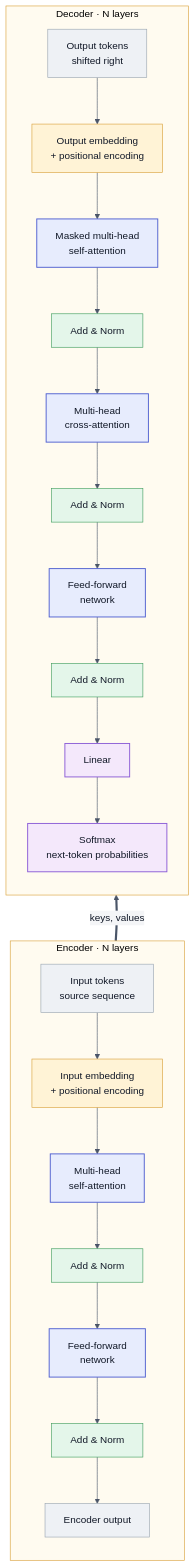
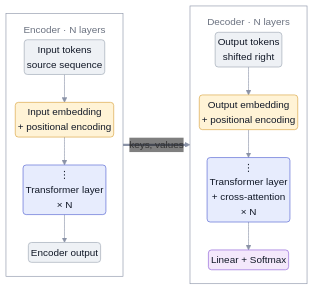
The second of 3 diagrams in _posts/2026-11-15-architechture-of-femtochat.md (lpossner/gradient-horizon), drawn with Mermaid before and after one commit. The commit also changed other lines of this file, not shown here.

First line of the commit message:
Redraw the Transformer diagrams as compact layer stacks

````diff
--- a/_posts/2026-11-15-architechture-of-femtochat.md
+++ b/_posts/2026-11-15-architechture-of-femtochat.md
@@ -13,39 +44,28 @@
 ```mermaid
-%%{init: {'theme':'base','themeVariables':{'background':'#ffffff','primaryColor':'#e7ecfd','primaryTextColor':'#111827','primaryBorderColor':'#4f5fd0','lineColor':'#4a5568','edgeLabelBackground':'#f4f5f7','clusterBkg':'#fffbf0','clusterBorder':'#d9a13b'}}}%%
-flowchart TB
+%%{init: {'theme':'base','themeVariables':{'lineColor':'#8b93a7','clusterBkg':'transparent','clusterBorder':'#8b93a7','edgeLabelBackground':'transparent','titleColor':'#6b7280','textColor':'#6b7280'},'flowchart':{'nodeSpacing':10,'rankSpacing':20,'padding':4,'subGraphTitleMargin':{'top':14,'bottom':6},'curve':'basis','useMaxWidth':true}}}%%
+flowchart LR
     classDef io      fill:#eef1f5,stroke:#9aa5b1,color:#111827
     classDef embed   fill:#fff3d6,stroke:#d9a13b,color:#111827
-    classDef compute fill:#e7ecfd,stroke:#4f5fd0,stroke-width:1.5px,color:#111827
-    classDef norm    fill:#e4f6ea,stroke:#3f9e5e,color:#111827
-    classDef head    fill:#f4e8fb,stroke:#8b5cd6,stroke-width:1.5px,color:#111827
+    classDef stack   fill:#e7ecfd,stroke:#4f5fd0,color:#111827
+    classDef head    fill:#f4e8fb,stroke:#8b5cd6,color:#111827
 
     subgraph ENC["Encoder · N layers"]
         direction TB
-        ei["Input tokens<br/>source sequence"]:::io
-        ee["Input embedding<br/>+ positional encoding"]:::embed
-        eatt["Multi-head<br/>self-attention"]:::compute
-        en1["Add &amp; Norm"]:::norm
-        eff["Feed-forward<br/>network"]:::compute
-        en2["Add &amp; Norm"]:::norm
-        eo["Encoder output"]:::io
-        ei --> ee --> eatt --> en1 --> eff --> en2 --> eo
+        ei("Input tokens<br/>source sequence"):::io
+        ee("Input embedding<br/>+ positional encoding"):::embed
+        eb("⋮<br/>Transformer layer<br/>× N"):::stack
+        eo("Encoder output"):::io
+        ei --> ee --> eb --> eo
     end
 
     subgraph DEC["Decoder · N layers"]
         direction TB
-        di["Output tokens<br/>shifted right"]:::io
-        de["Output embedding<br/>+ positional encoding"]:::embed
-        datt["Masked multi-head<br/>self-attention"]:::compute
-        dn1["Add &amp; Norm"]:::norm
-        dca["Multi-head<br/>cross-attention"]:::compute
-        dn2["Add &amp; Norm"]:::norm
-        dff["Feed-forward<br/>network"]:::compute
-        dn3["Add &amp; Norm"]:::norm
-        dlin["Linear"]:::head
-        dout["Softmax<br/>next-token probabilities"]:::head
-        di --> de --> datt --> dn1 --> dca --> dn2 --> dff --> dn3 --> dlin --> dout
+        di("Output tokens<br/>shifted right"):::io
+        de("Output embedding<br/>+ positional encoding"):::embed
+        db("⋮<br/>Transformer layer<br/>+ cross-attention<br/>× N"):::stack
+        dh("Linear + Softmax"):::head
+        di --> de --> db --> dh
     end
 
-    de ~~~ eo
-    eo ==>|keys, values| dca
+    ENC ==>|keys, values| DEC
 ```
````
